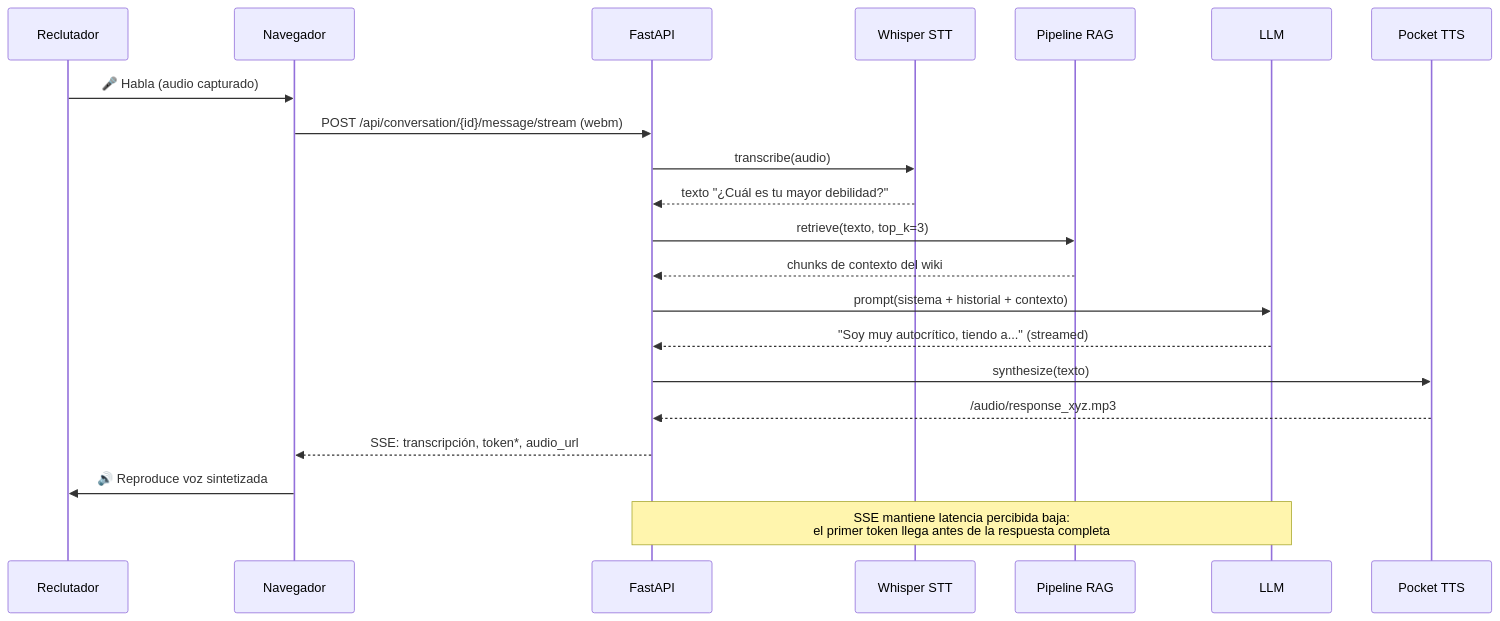
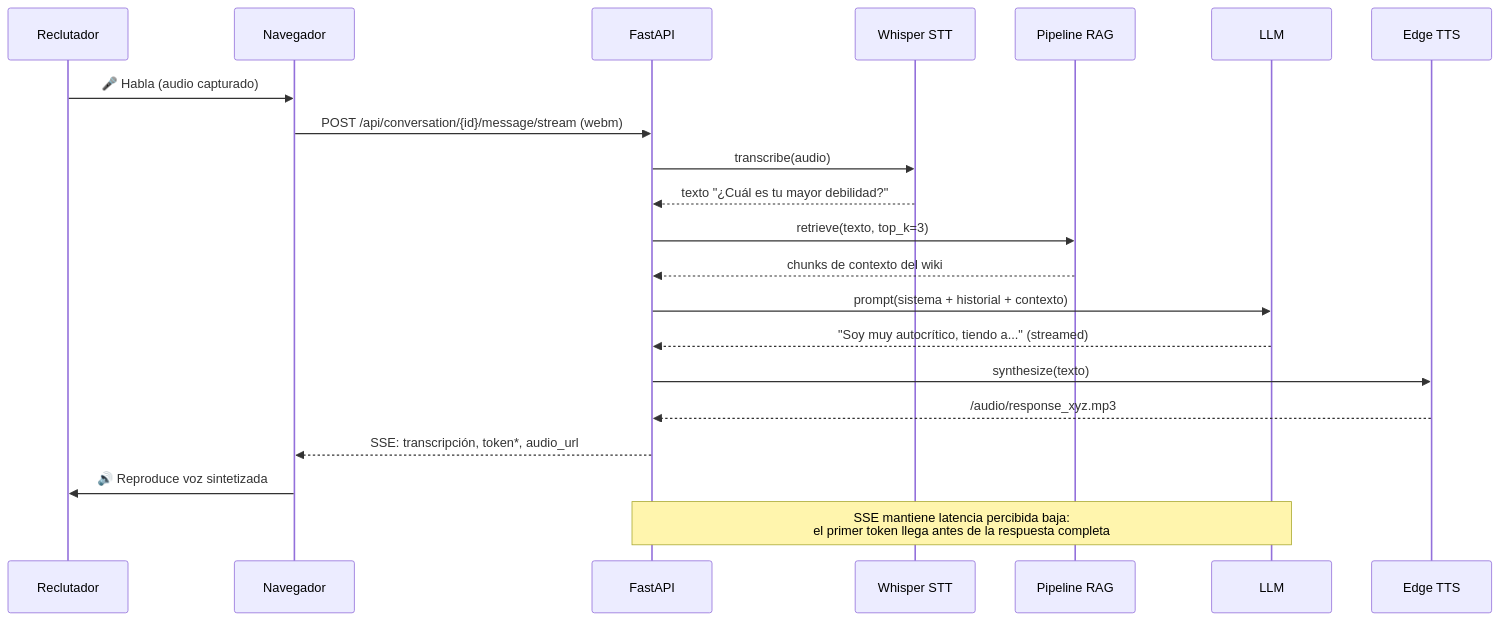
One commit to mikelrh-dev/liveInterviewRAG changed the second of 2 diagrams in README_ES.md. Above: the diagram before and after it, drawn with Mermaid. The commit also changed other lines of this file, not shown here.

First line of the commit message:
fix(readme_es): describe the TTS engine the code actually has

````diff
--- a/README_ES.md
+++ b/README_ES.md
@@ -100,24 +100,24 @@
 ```mermaid
 sequenceDiagram
     participant U as Reclutador
     participant B as Navegador
     participant API as FastAPI
     participant STT as Whisper STT
     participant RAG as Pipeline RAG
     participant LLM as LLM
-    participant TTS as Pocket TTS
+    participant TTS as Edge TTS
 
     U->>B: 🎤 Habla (audio capturado)
     B->>API: POST /api/conversation/{id}/message/stream (webm)
     API->>STT: transcribe(audio)
     STT-->>API: texto "¿Cuál es tu mayor debilidad?"
     API->>RAG: retrieve(texto, top_k=3)
     RAG-->>API: chunks de contexto del wiki
     API->>LLM: prompt(sistema + historial + contexto)
     LLM-->>API: "Soy muy autocrítico, tiendo a..." (streamed)
     API->>TTS: synthesize(texto)
     TTS-->>API: /audio/response_xyz.mp3
     API-->>B: SSE: transcripción, token*, audio_url
     B->>U: 🔊 Reproduce voz sintetizada
     Note over API,LLM: SSE mantiene latencia percibida baja:<br/>el primer token llega antes de la respuesta completa
 ```
````
